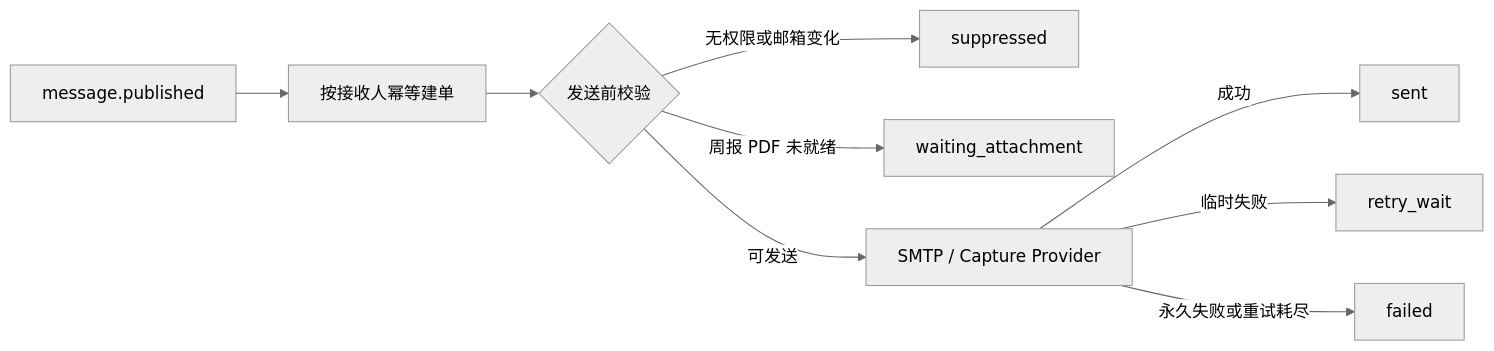
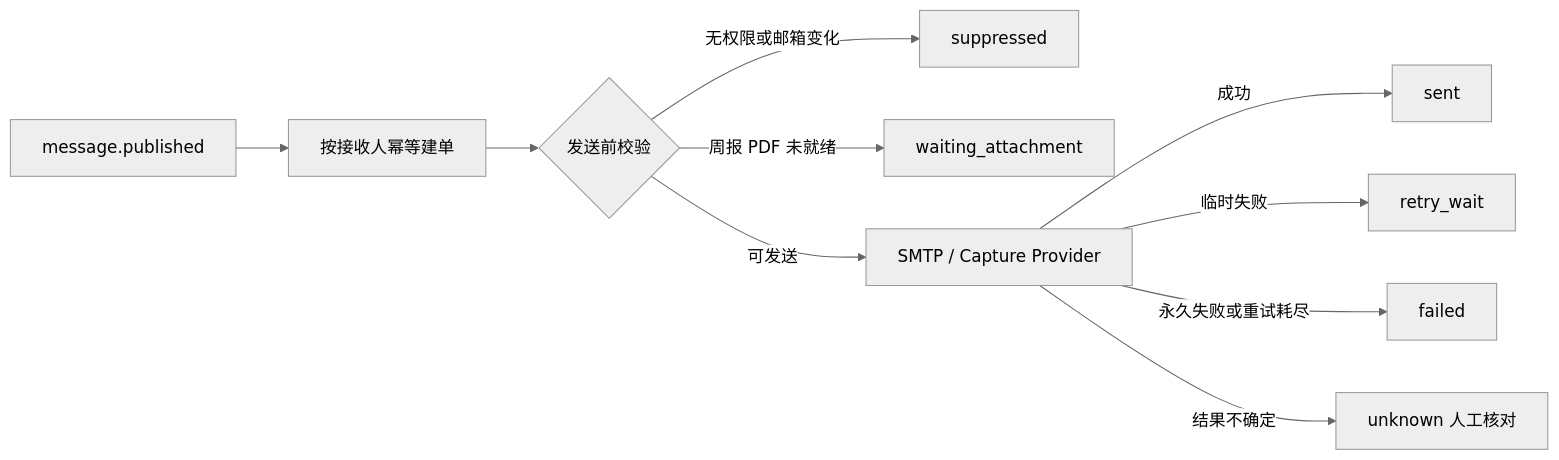
Before and after one commit to sky-k111/forge-sight: the diagram in docs/contracts/E_EMAIL_DELIVERY_CONTRACT.md, drawn with Mermaid (neutral theme). The commit also changed other lines of this file and 9 other files, not shown here.

````diff
--- a/docs/contracts/E_EMAIL_DELIVERY_CONTRACT.md
+++ b/docs/contracts/E_EMAIL_DELIVERY_CONTRACT.md
@@ -12,11 +12,12 @@
 ```mermaid
 flowchart LR
     A[message.published] --> B[按接收人幂等建单]
     B --> C{发送前校验}
     C -->|无权限或邮箱变化| D[suppressed]
     C -->|周报 PDF 未就绪| E[waiting_attachment]
     C -->|可发送| F[SMTP / Capture Provider]
     F -->|成功| G[sent]
     F -->|临时失败| H[retry_wait]
     F -->|永久失败或重试耗尽| I[failed]
+    F -->|结果不确定| J[unknown 人工核对]
 ```
````
